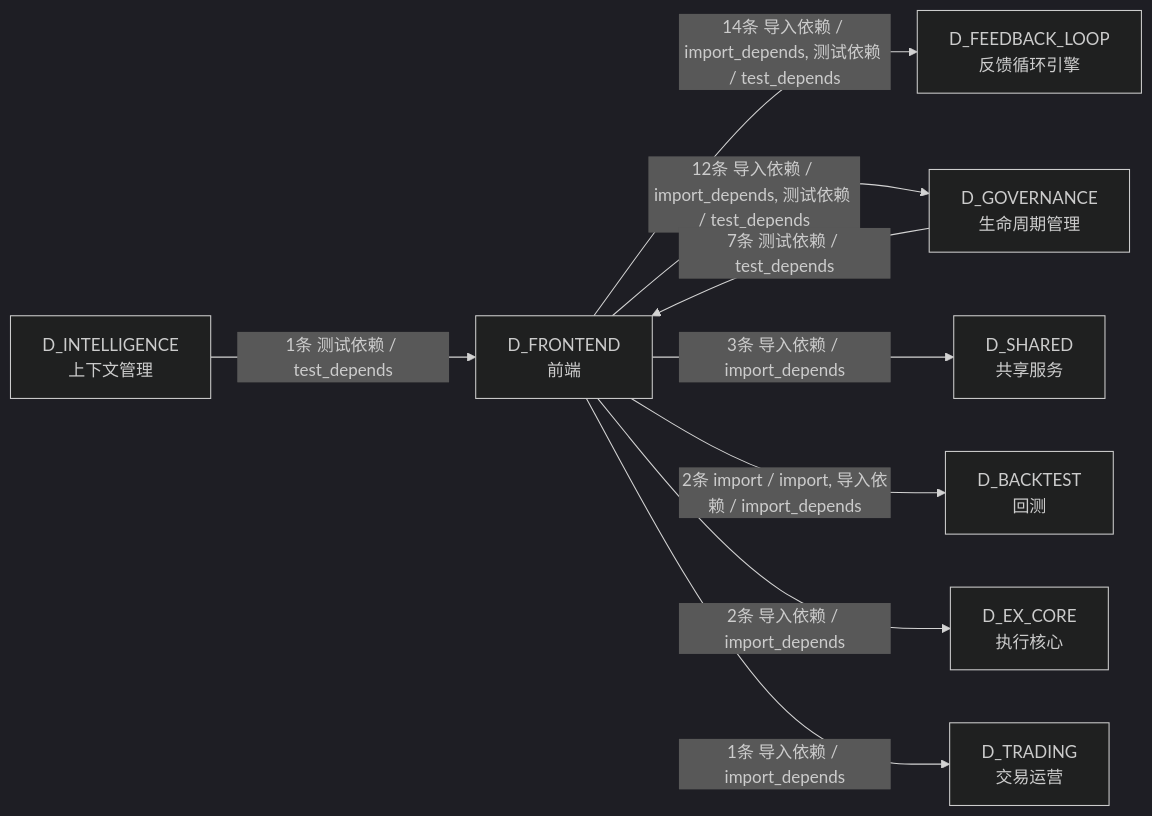
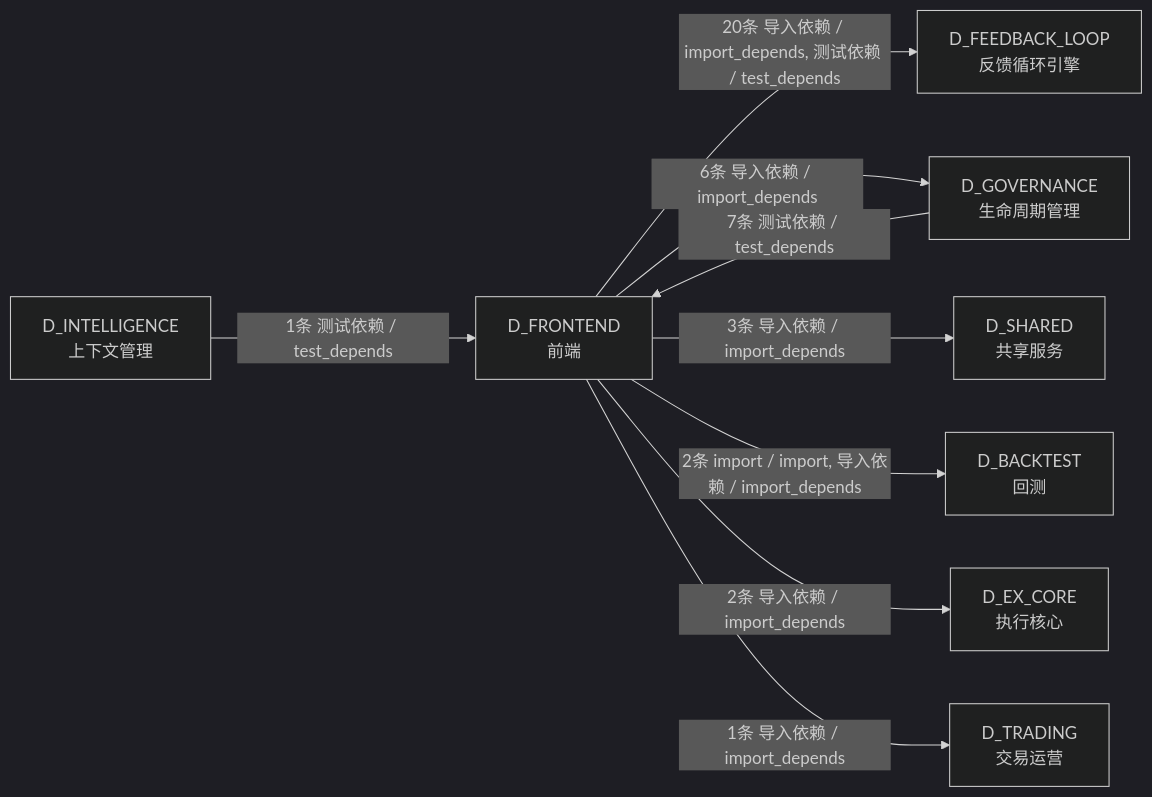
One commit to xuanFelixVan/ZephyrAlpha changed the sixth of 6 diagrams in docs/02_enterprise_architecture/02_domain_architecture_docs/13_d_frontend.md. Above: the diagram before and after it, drawn with Mermaid (dark theme). The commit also changed other lines of this file and 122 other files, not shown here.

````diff
--- a/docs/02_enterprise_architecture/02_domain_architecture_docs/13_d_frontend.md
+++ b/docs/02_enterprise_architecture/02_domain_architecture_docs/13_d_frontend.md
@@ -496,19 +493,19 @@
 ```mermaid
 graph LR
     D_FRONTEND["D_FRONTEND<br/>前端"]
     D_FEEDBACK_LOOP["D_FEEDBACK_LOOP<br/>反馈循环引擎"]
     D_GOVERNANCE["D_GOVERNANCE<br/>生命周期管理"]
     D_SHARED["D_SHARED<br/>共享服务"]
     D_BACKTEST["D_BACKTEST<br/>回测"]
     D_EX_CORE["D_EX_CORE<br/>执行核心"]
     D_TRADING["D_TRADING<br/>交易运营"]
     D_INTELLIGENCE["D_INTELLIGENCE<br/>上下文管理"]
-    D_FRONTEND -->|14条 导入依赖 / import_depends, 测试依赖 / test_depends| D_FEEDBACK_LOOP
-    D_FRONTEND -->|12条 导入依赖 / import_depends, 测试依赖 / test_depends| D_GOVERNANCE
+    D_FRONTEND -->|20条 导入依赖 / import_depends, 测试依赖 / test_depends| D_FEEDBACK_LOOP
+    D_FRONTEND -->|6条 导入依赖 / import_depends| D_GOVERNANCE
     D_FRONTEND -->|3条 导入依赖 / import_depends| D_SHARED
     D_FRONTEND -->|2条 import / import, 导入依赖 / import_depends| D_BACKTEST
     D_FRONTEND -->|2条 导入依赖 / import_depends| D_EX_CORE
     D_FRONTEND -->|1条 导入依赖 / import_depends| D_TRADING
     D_GOVERNANCE -->|7条 测试依赖 / test_depends| D_FRONTEND
     D_INTELLIGENCE -->|1条 测试依赖 / test_depends| D_FRONTEND
 ```
````
